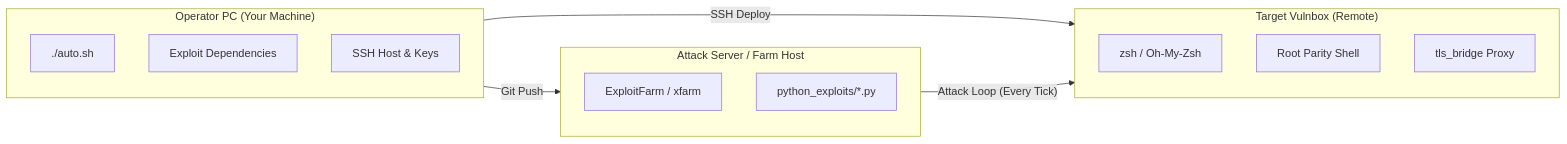
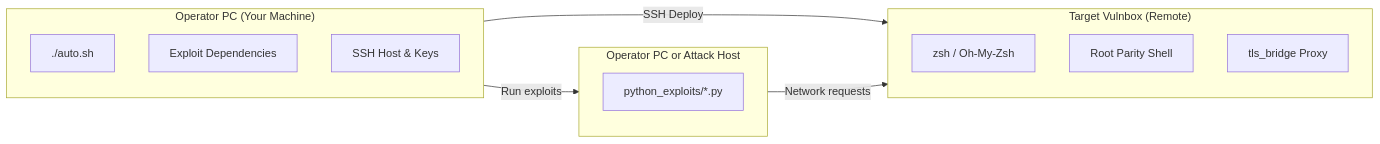
One commit to ctterrlt/Vulnbox-autoconfig changed the second of 2 diagrams in README.md. Above: the diagram before and after it, drawn with Mermaid. The commit also changed other lines of this file and 6 other files, not shown here.

````diff
--- a/README.md
+++ b/README.md
@@ -299,23 +298,22 @@
 ```mermaid
 graph LR
     subgraph LocalOperator["Operator PC (Your Machine)"]
         auto["./auto.sh"]
         deps["Exploit Dependencies"]
         sshconf["SSH Host & Keys"]
     end
 
-    subgraph AttackServer["Attack Server / Farm Host"]
-        xfarm["ExploitFarm / xfarm"]
+    subgraph AttackServer["Operator PC or Attack Host"]
         exploits["python_exploits/*.py"]
     end
 
     subgraph Vulnbox["Target Vulnbox (Remote)"]
         zsh["zsh / Oh-My-Zsh"]
         root["Root Parity Shell"]
         tlsbridge["tls_bridge Proxy"]
     end
 
     LocalOperator -- SSH Deploy --> Vulnbox
-    LocalOperator -- Git Push --> AttackServer
-    AttackServer -- Attack Loop (Every Tick) --> Vulnbox
+    LocalOperator -- Run exploits --> AttackServer
+    AttackServer -- Network requests --> Vulnbox
 ```
````
